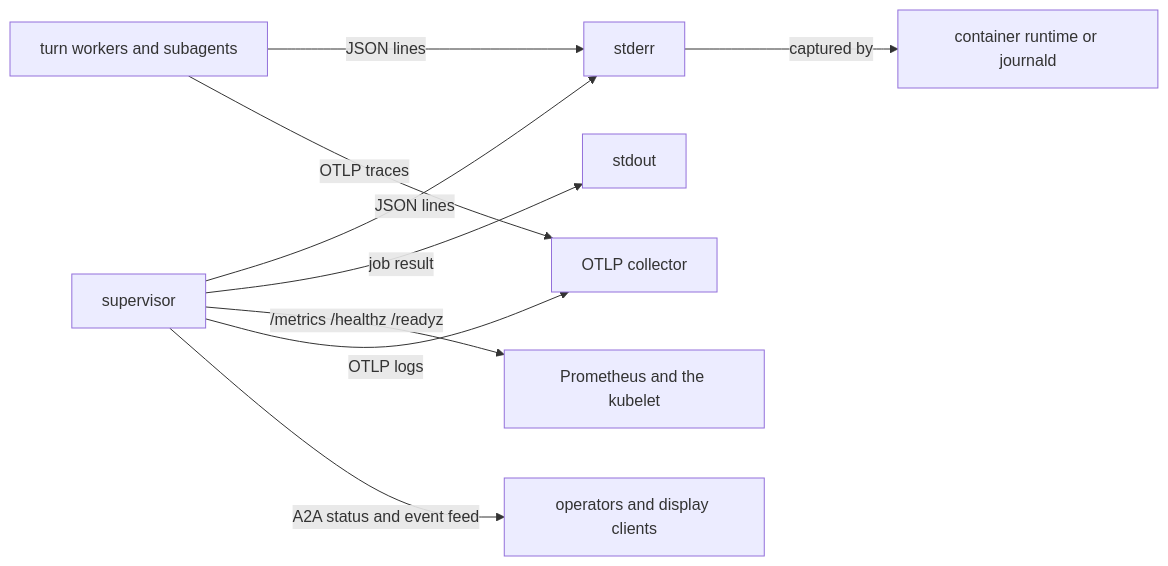
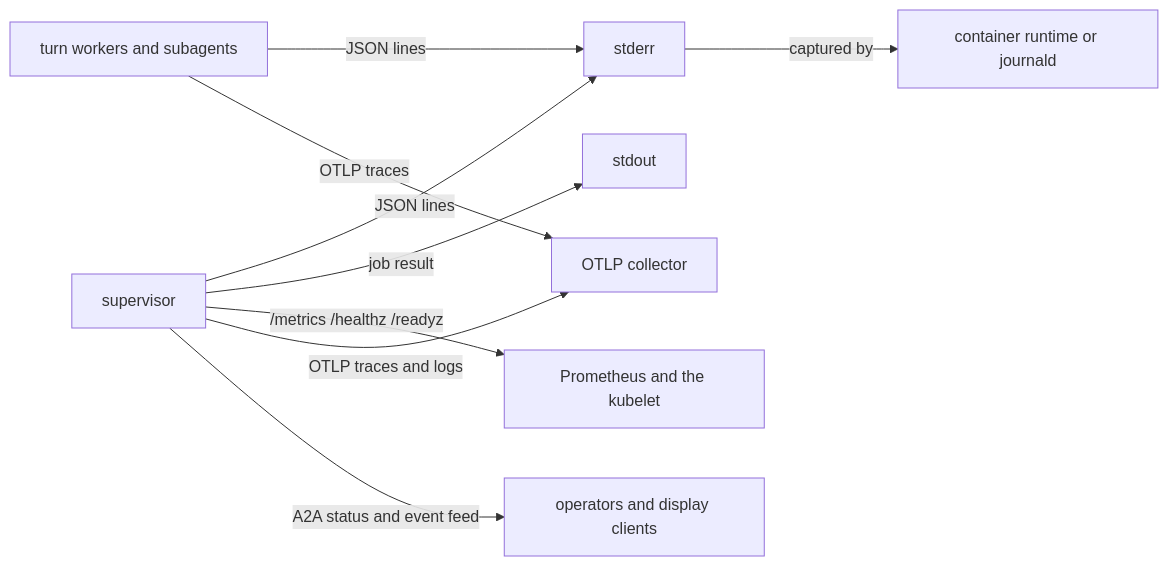
The first of 2 diagrams in docs/observability.md (agentd-dev/source-code), drawn with Mermaid before and after one commit. The commit also changed other lines of this file and 60 other files, not shown here.

````diff
--- a/docs/observability.md
+++ b/docs/observability.md
@@ -19,11 +19,11 @@
 ```mermaid
 flowchart LR
   S["supervisor"] -->|"JSON lines"| E["stderr"]
   W["turn workers and subagents"] -->|"JSON lines"| E
   S -->|"job result"| O["stdout"]
   E -->|"captured by"| C["container runtime or journald"]
   S -->|"/metrics /healthz /readyz"| P["Prometheus and the kubelet"]
   W -->|"OTLP traces"| T["OTLP collector"]
-  S -->|"OTLP logs"| T
+  S -->|"OTLP traces and logs"| T
   S -->|"A2A status and event feed"| U["operators and display clients"]
 ```
````
